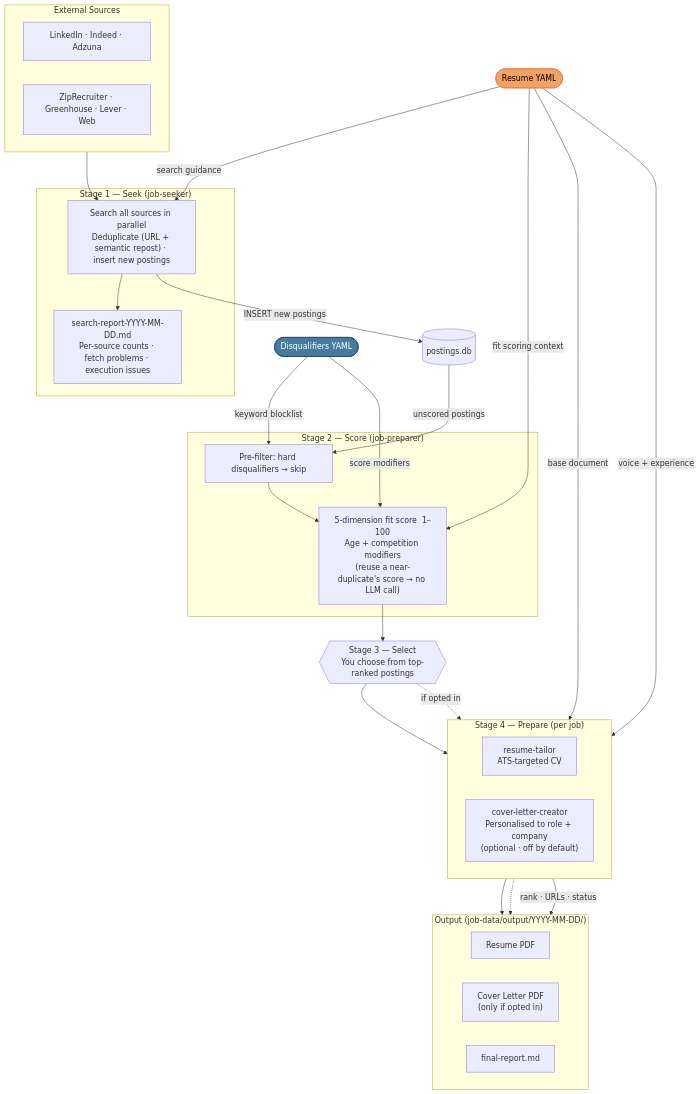
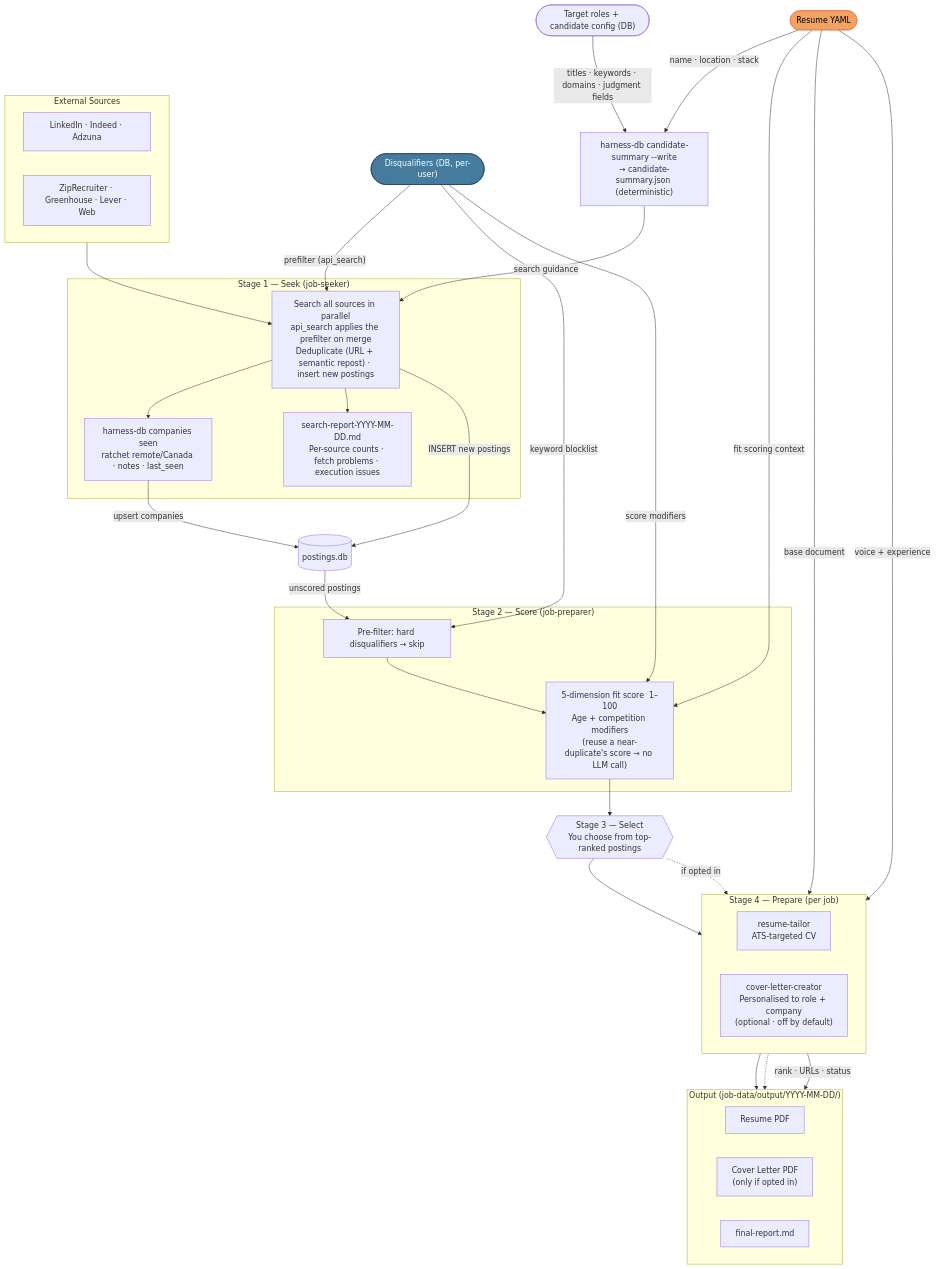
Before and after one commit to bildzeitung/job-harness: the diagram in docs/data-flow.mmd, drawn with Mermaid. The commit also changed 6 other files, not shown here.

```diff
--- a/docs/data-flow.mmd
+++ b/docs/data-flow.mmd
@@ -1,59 +1,67 @@
 flowchart TD
     RESUME(["Resume YAML"])
-    DISQ(["Disqualifiers YAML"])
+    DISQ(["Disqualifiers (DB, per-user)"])
+    TR(["Target roles + candidate config (DB)"])
+    CS["harness-db candidate-summary --write<br>→ candidate-summary.json (deterministic)"]
 
     subgraph BOARDS ["External Sources"]
         direction LR
         B1["LinkedIn · Indeed · Adzuna"]
         B2["ZipRecruiter · Greenhouse · Lever · Web"]
     end
 
     subgraph SEEK ["Stage 1 — Seek    (job-seeker)"]
-        S["Search all sources in parallel<br>Deduplicate (URL + semantic repost) · insert new postings"]
+        S["Search all sources in parallel<br>api_search applies the prefilter on merge<br>Deduplicate (URL + semantic repost) · insert new postings"]
+        CO["harness-db companies seen<br>ratchet remote/Canada · notes · last_seen"]
         SR["search-report-YYYY-MM-DD.md<br>Per-source counts · fetch problems · execution issues"]
+        S --> CO
         S --> SR
     end
 
     DB[("postings.db")]
 
     subgraph SCORE ["Stage 2 — Score    (job-preparer)"]
         F["Pre-filter: hard disqualifiers → skip"]
         SC["5-dimension fit score  1–100<br>Age + competition modifiers<br>(reuse a near-duplicate's score → no LLM call)"]
         F --> SC
     end
 
     SEL{{"Stage 3 — Select<br>You choose from top-ranked postings"}}
 
     subgraph PREP ["Stage 4 — Prepare    (per job)"]
         direction LR
         T["resume-tailor<br>ATS-targeted CV"]
         C["cover-letter-creator<br>Personalised to role + company<br>(optional · off by default)"]
     end
 
     subgraph OUT ["Output    (job-data/output/YYYY-MM-DD/)"]
         direction LR
         RP["Resume PDF"]
         CL["Cover Letter PDF<br>(only if opted in)"]
         FR["final-report.md"]
     end
 
+    RESUME  -->|"name · location · stack"| CS
+    TR      -->|"titles · keywords · domains · judgment fields"| CS
+    CS      -->|"search guidance"| S
     BOARDS  --> S
-    RESUME  -->|"search guidance"| S
+    DISQ    -->|"prefilter (api_search)"| S
     S       -->|"INSERT new postings"| DB
+    CO      -->|"upsert companies"| DB
     DB      -->|"unscored postings"| F
     DISQ    -->|"keyword blocklist"| F
     RESUME  -->|"fit scoring context"| SC
     DISQ    -->|"score modifiers"| SC
     SC      --> SEL
     SEL     --> T
     SEL     -.->|"if opted in"| C
     RESUME  -->|"base document"| T
     RESUME  -->|"voice + experience"| C
     T       --> RP
     C       -.-> CL
     PREP    -->|"rank · URLs · status"| FR
 
     classDef resumeNode fill:#f4a261,stroke:#e76f51,color:#000
     classDef disqNode fill:#457b9d,stroke:#1d3557,color:#fff
     class RESUME resumeNode
     class DISQ disqNode
```
